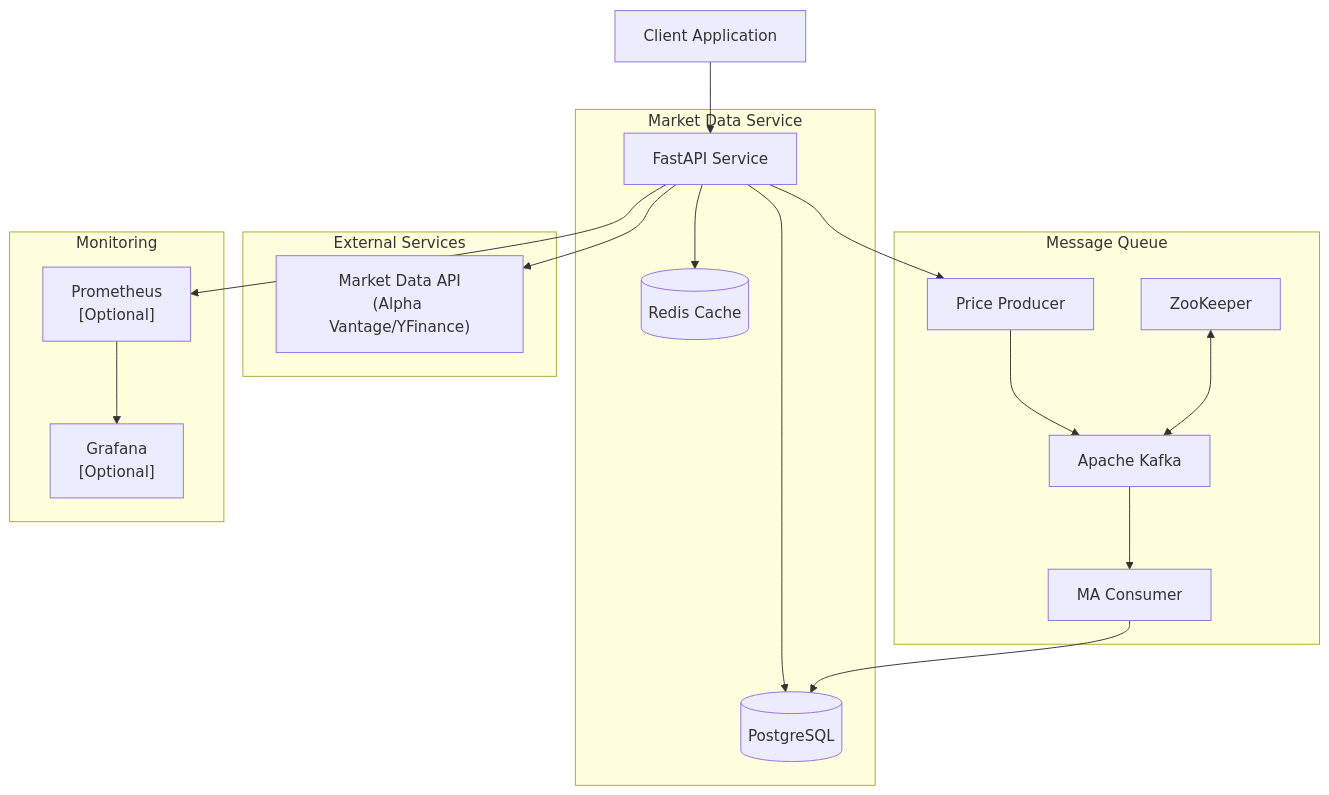
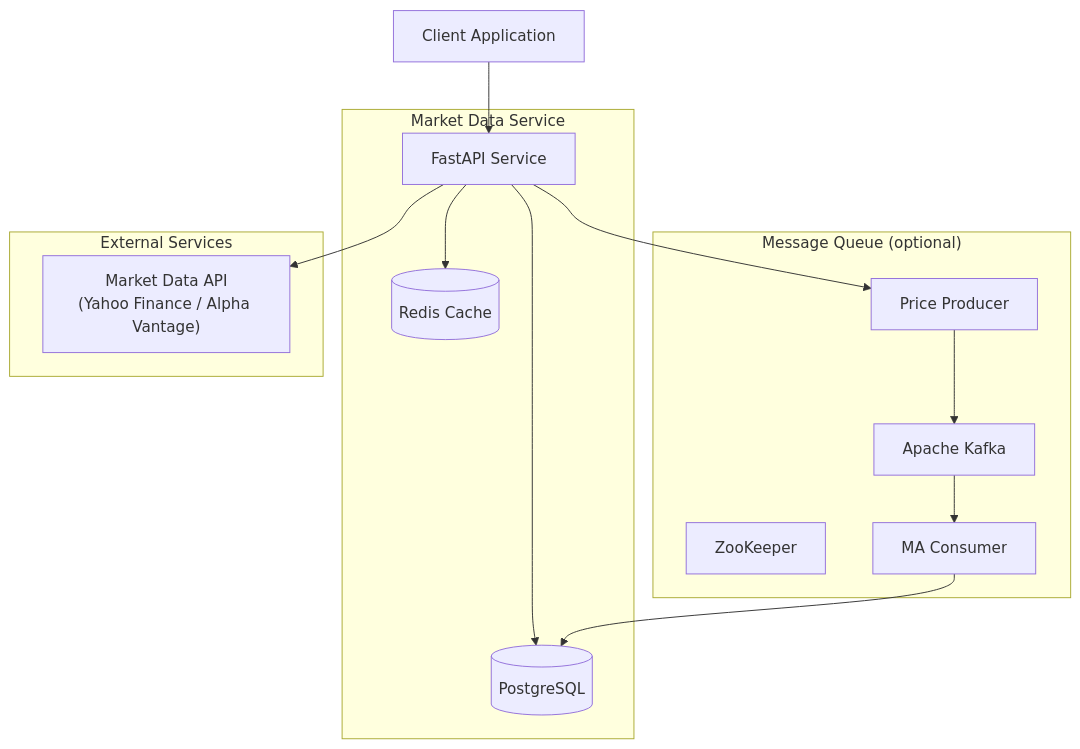
The first of 2 diagrams in README.md (Vrajesh-works/Market-Data-Service), drawn with Mermaid before and after one commit. The commit also changed other lines of this file, not shown here.

Commit message:
Rewrite README: live demo links, Yahoo default, Kafka optional, CI badges

````diff
--- a/README.md
+++ b/README.md
@@ -18,39 +42,29 @@
 ```mermaid
 graph TB
     subgraph "Market Data Service"
         API["FastAPI Service"]
         DB[(PostgreSQL)]
         Cache[("Redis Cache<br/>")]
     end
-    
-    subgraph "Message Queue"
+
+    subgraph "Message Queue (optional)"
         Kafka["Apache Kafka"]
         ZK["ZooKeeper"]
         Producer["Price Producer"]
         Consumer["MA Consumer"]
     end
-    
+
     subgraph "External Services"
-        MarketAPI["Market Data API<br/>(Alpha Vantage/YFinance)"]
+        MarketAPI["Market Data API<br/>(Yahoo Finance / Alpha Vantage)"]
     end
-    
-    subgraph "Monitoring"
-        Prometheus["Prometheus<br/>[Optional]"]
-        Grafana["Grafana<br/>[Optional]"]
-    end
-    
+
     Client["Client Application"] --> API
     API --> DB
     API --> Cache
     API --> MarketAPI
-    
+
     API --> Producer
     Producer --> Kafka
     Kafka --> Consumer
     Consumer --> DB
-    
-    ZK <--> Kafka
-    
-    API --> Prometheus
-    Prometheus --> Grafana
 ```
````
